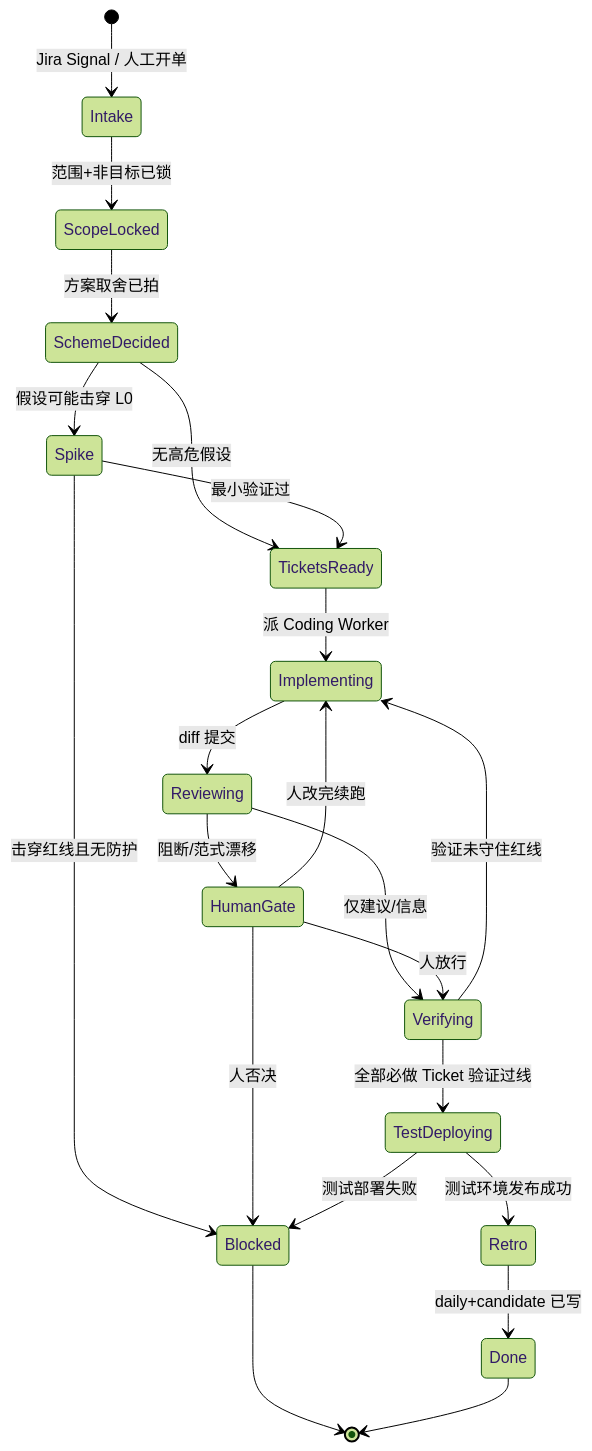
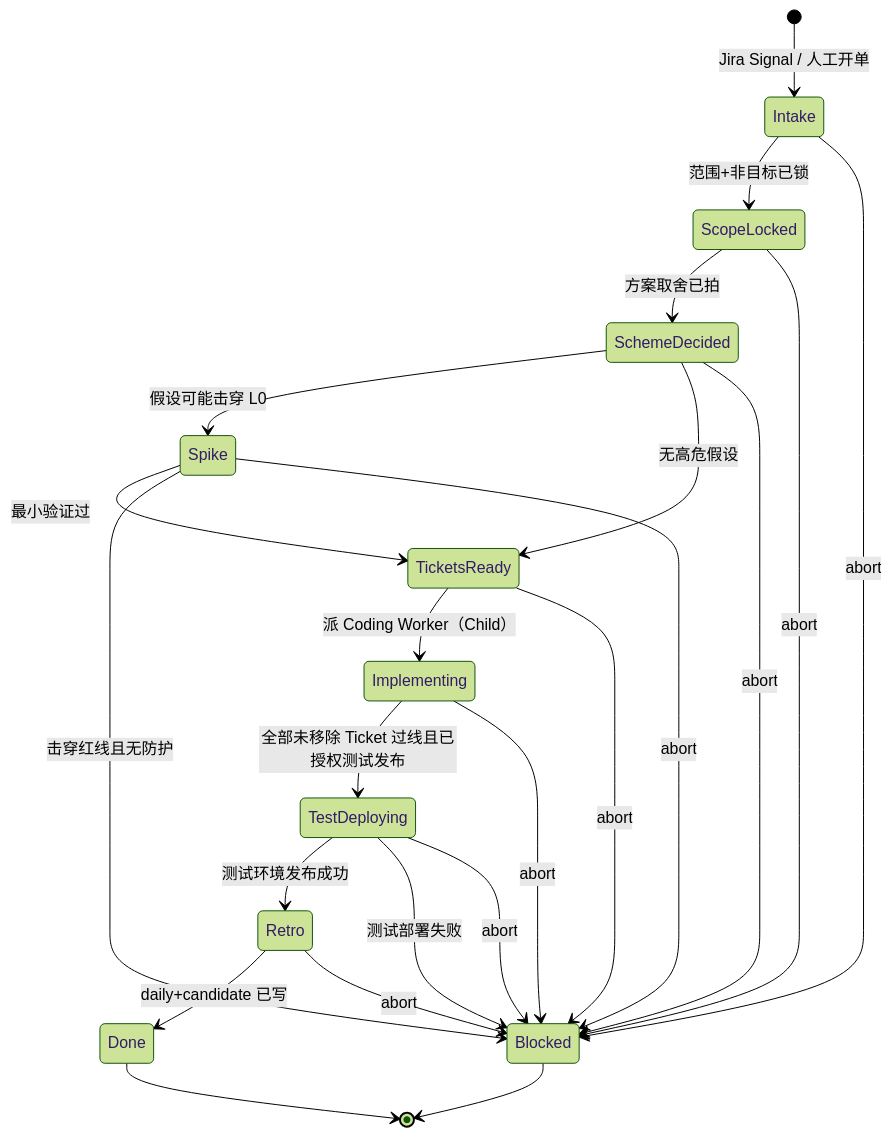
The first of 2 diagrams in README.md (JoeSmile/dev-pipeline), drawn with Mermaid (forest theme) before and after one commit. The commit also changed other lines of this file and 22 other files, not shown here.

````diff
--- a/README.md
+++ b/README.md
@@ -29,24 +33,25 @@
 ```mermaid
 stateDiagram-v2
     [*] --> Intake: Jira Signal / 人工开单
     Intake --> ScopeLocked: 范围+非目标已锁
     ScopeLocked --> SchemeDecided: 方案取舍已拍
     SchemeDecided --> Spike: 假设可能击穿 L0
     SchemeDecided --> TicketsReady: 无高危假设
     Spike --> TicketsReady: 最小验证过
     Spike --> Blocked: 击穿红线且无防护
-    TicketsReady --> Implementing: 派 Coding Worker
-    Implementing --> Reviewing: diff 提交
-    Reviewing --> HumanGate: 阻断/范式漂移
-    Reviewing --> Verifying: 仅建议/信息
-    HumanGate --> Implementing: 人改完续跑
-    HumanGate --> Verifying: 人放行
-    HumanGate --> Blocked: 人否决
-    Verifying --> TestDeploying: 全部必做 Ticket 验证过线
-    Verifying --> Implementing: 验证未守住红线
+    TicketsReady --> Implementing: 派 Coding Worker（Child）
+    Implementing --> TestDeploying: 全部未移除 Ticket 过线且已授权测试发布
     TestDeploying --> Retro: 测试环境发布成功
     TestDeploying --> Blocked: 测试部署失败
     Retro --> Done: daily+candidate 已写
+    Intake --> Blocked: abort
+    ScopeLocked --> Blocked: abort
+    SchemeDecided --> Blocked: abort
+    Spike --> Blocked: abort
+    TicketsReady --> Blocked: abort
+    Implementing --> Blocked: abort
+    TestDeploying --> Blocked: abort
+    Retro --> Blocked: abort
     Blocked --> [*]
     Done --> [*]
 ```
````
